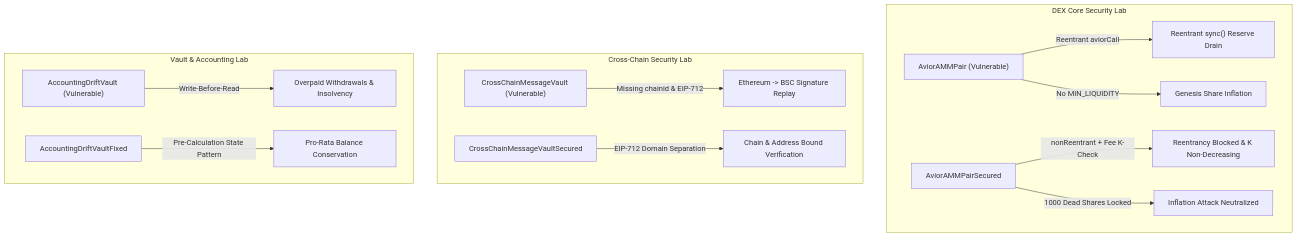
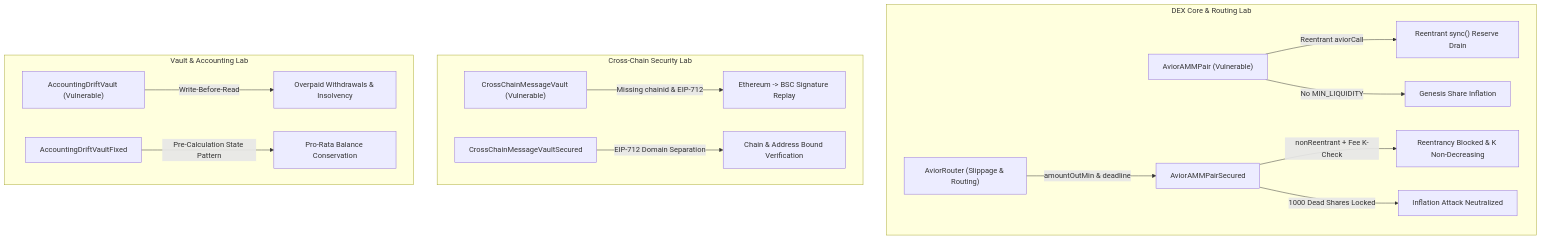
One commit to srinathdoggala-tech/multichain-security-lab changed the diagram in README.md. Above: the diagram before and after it, drawn with Mermaid. The commit also changed other lines of this file and 23 other files, not shown here.

First line of the commit message:
feat(security): complete DeFiSentinel hardening, router module, stateful invariants & threat modeling

````diff
--- a/README.md
+++ b/README.md
@@ -18,19 +18,20 @@
 ```mermaid
 graph TD
-    subgraph DEX Core Security Lab
+    subgraph DEX Core & Routing Lab
+        Router["AviorRouter (Slippage & Routing)"] -->|amountOutMin & deadline| Sec_Pair["AviorAMMPairSecured"]
         V_Pair["AviorAMMPair (Vulnerable)"] -->|Reentrant aviorCall| Exploit_AMM["Reentrant sync() Reserve Drain"]
         V_Pair -->|No MIN_LIQUIDITY| Exploit_Inf["Genesis Share Inflation"]
-        Sec_Pair["AviorAMMPairSecured"] -->|nonReentrant + Fee K-Check| Mit_AMM["Reentrancy Blocked & K Non-Decreasing"]
+        Sec_Pair -->|nonReentrant + Fee K-Check| Mit_AMM["Reentrancy Blocked & K Non-Decreasing"]
         Sec_Pair -->|1000 Dead Shares Locked| Mit_Inf["Inflation Attack Neutralized"]
     end
 
     subgraph Cross-Chain Security Lab
         V_CC["CrossChainMessageVault (Vulnerable)"] -->|Missing chainid & EIP-712| Exploit_CC["Ethereum -> BSC Signature Replay"]
         Sec_CC["CrossChainMessageVaultSecured"] -->|EIP-712 Domain Separation| Mit_CC["Chain & Address Bound Verification"]
     end
 
     subgraph Vault & Accounting Lab
         V_Vault["AccountingDriftVault (Vulnerable)"] -->|Write-Before-Read| Exploit_Drift["Overpaid Withdrawals & Insolvency"]
         Sec_Vault["AccountingDriftVaultFixed"] -->|Pre-Calculation State Pattern| Mit_Drift["Pro-Rata Balance Conservation"]
     end
 ```
````
